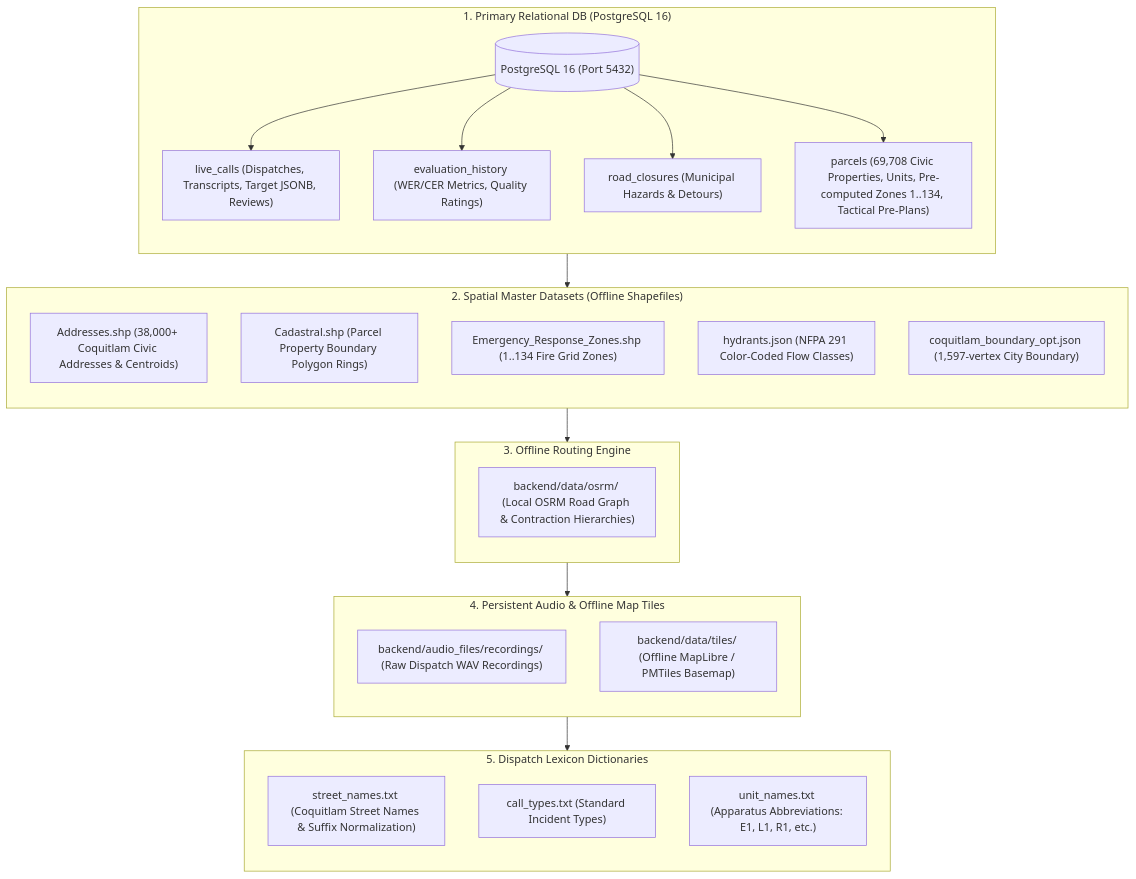
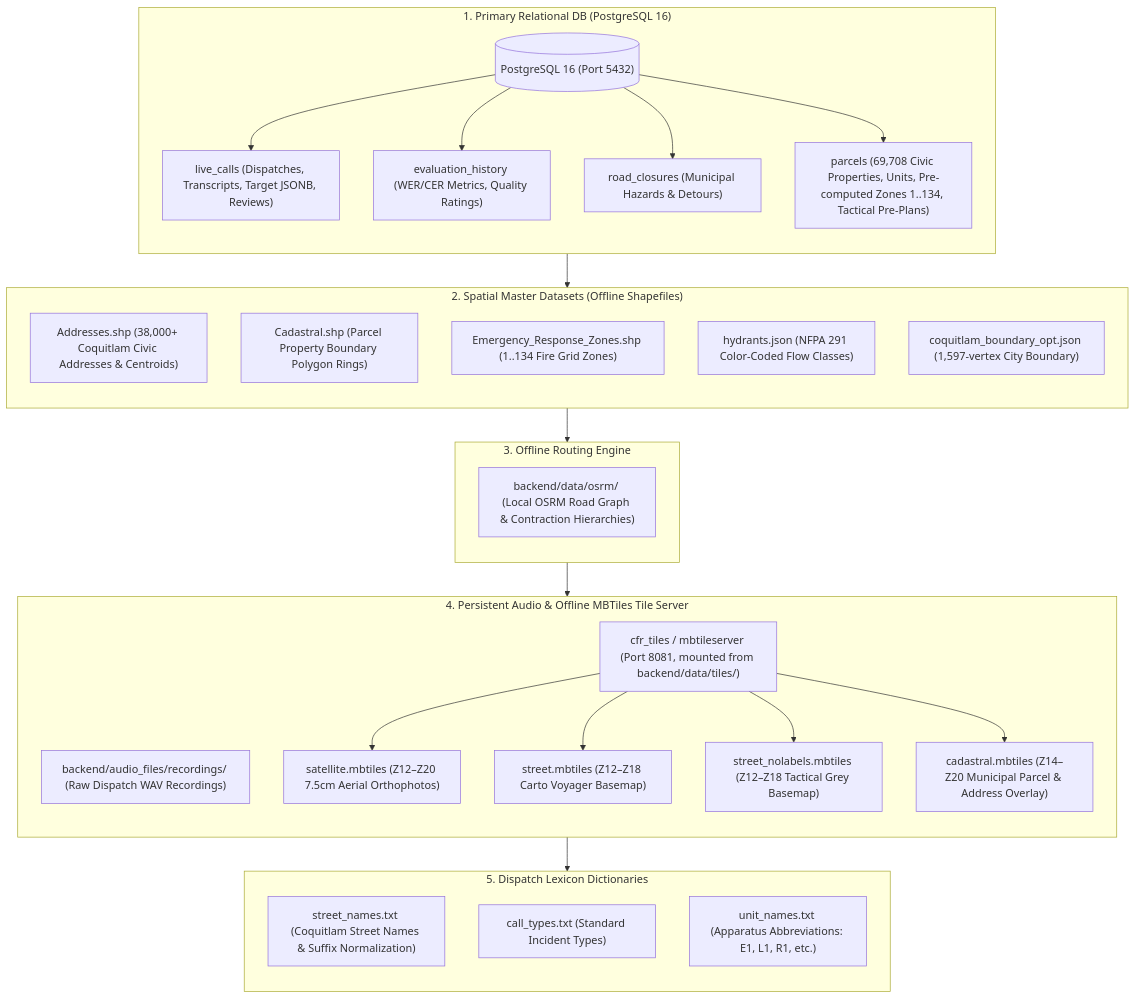
The diagram in docs/architecture/database_and_datastores.md (cwoodworth89/CFR-EVO-APP), drawn with Mermaid before and after one commit. The commit also changed other lines of this file and 6 other files, not shown here.

Commit message:
docs(skills): add mbtiles-tile-server skill and update offline GIS tile docs

````diff
--- a/docs/architecture/database_and_datastores.md
+++ b/docs/architecture/database_and_datastores.md
@@ -9,47 +9,55 @@
 ```mermaid
 graph TD
     subgraph PrimaryDB ["1. Primary Relational DB (PostgreSQL 16)"]
         direction TB
         PG[("PostgreSQL 16 (Port 5432)")]
         T1["live_calls (Dispatches, Transcripts, Target JSONB, Reviews)"]
         T2["evaluation_history (WER/CER Metrics, Quality Ratings)"]
         T3["road_closures (Municipal Hazards & Detours)"]
         T4["parcels (69,708 Civic Properties, Units, Pre-computed Zones 1..134, Tactical Pre-Plans)"]
         PG --> T1
         PG --> T2
         PG --> T3
         PG --> T4
     end
 
     subgraph SpatialData ["2. Spatial Master Datasets (Offline Shapefiles)"]
         direction TB
         S1["Addresses.shp (38,000+ Coquitlam Civic Addresses & Centroids)"]
         S2["Cadastral.shp (Parcel Property Boundary Polygon Rings)"]
         S3["Emergency_Response_Zones.shp (1..134 Fire Grid Zones)"]
         S4["hydrants.json (NFPA 291 Color-Coded Flow Classes)"]
         S5["coquitlam_boundary_opt.json (1,597-vertex City Boundary)"]
     end
 
     subgraph RoutingGraph ["3. Offline Routing Engine"]
         direction TB
         R1["backend/data/osrm/ (Local OSRM Road Graph & Contraction Hierarchies)"]
     end
 
-    subgraph Storage ["4. Persistent Audio & Offline Map Tiles"]
+    subgraph Storage ["4. Persistent Audio & Offline MBTiles Tile Server"]
         direction TB
         A1["backend/audio_files/recordings/ (Raw Dispatch WAV Recordings)"]
-        A2["backend/data/tiles/ (Offline MapLibre / PMTiles Basemap)"]
+        A2["cfr_tiles / mbtileserver (Port 8081, mounted from backend/data/tiles/)"]
+        M1["satellite.mbtiles (Z12–Z20 7.5cm Aerial Orthophotos)"]
+        M2["street.mbtiles (Z12–Z18 Carto Voyager Basemap)"]
+        M3["street_nolabels.mbtiles (Z12–Z18 Tactical Grey Basemap)"]
+        M4["cadastral.mbtiles (Z14–Z20 Municipal Parcel & Address Overlay)"]
+        A2 --> M1
+        A2 --> M2
+        A2 --> M3
+        A2 --> M4
     end
 
     subgraph Vocabulary ["5. Dispatch Lexicon Dictionaries"]
         direction TB
         V1["street_names.txt (Coquitlam Street Names & Suffix Normalization)"]
         V2["call_types.txt (Standard Incident Types)"]
         V3["unit_names.txt (Apparatus Abbreviations: E1, L1, R1, etc.)"]
     end
 
     PrimaryDB --> SpatialData
     SpatialData --> RoutingGraph
     RoutingGraph --> Storage
     Storage --> Vocabulary
 ```
````
